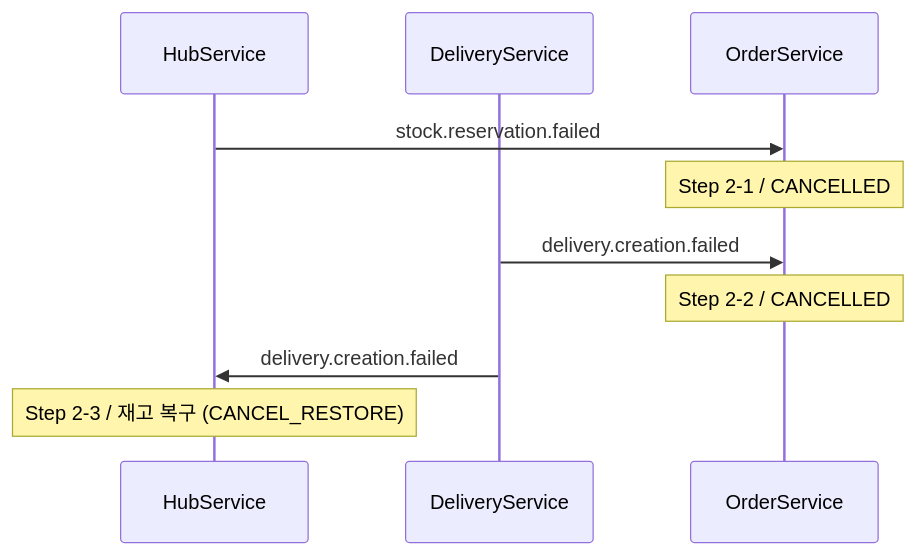
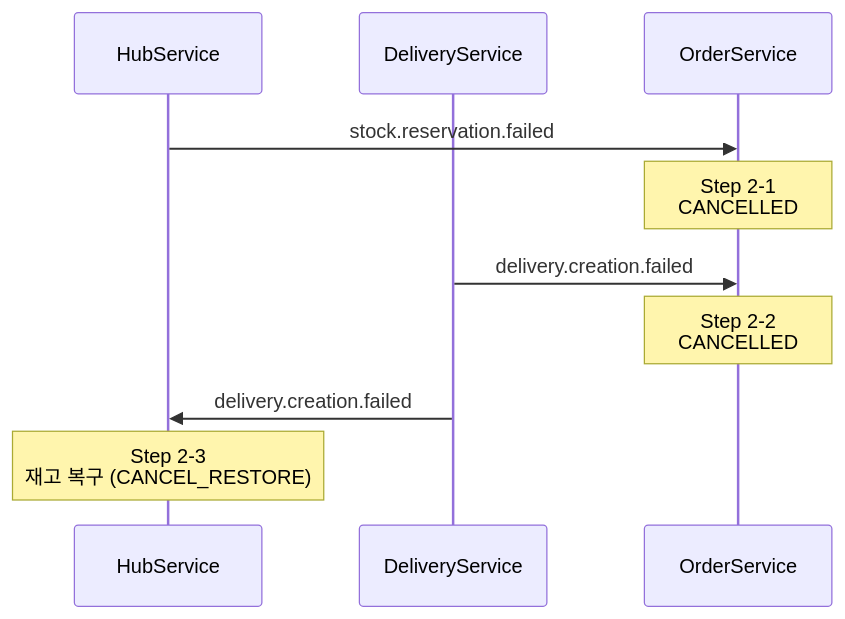
One commit to qkrwns1478/sparta-logistics changed the second of 6 diagrams in order-service/src/main/java/com/sparta/logistics/order/order/saga/README.md. Above: the diagram before and after it, drawn with Mermaid. The commit also changed other lines of this file, not shown here.

````diff
--- a/order-service/src/main/java/com/sparta/logistics/order/order/saga/README.md
+++ b/order-service/src/main/java/com/sparta/logistics/order/order/saga/README.md
@@ -141,14 +183,14 @@
 ```mermaid
 sequenceDiagram
     participant H as HubService
     participant D as DeliveryService
     participant O as OrderService
 
     H->>O: stock.reservation.failed
-    Note over O: Step 2-1 / CANCELLED
+    Note over O: Step 2-1<br>CANCELLED
 
     D->>O: delivery.creation.failed
-    Note over O: Step 2-2 / CANCELLED
+    Note over O: Step 2-2<br>CANCELLED
     D->>H: delivery.creation.failed
-    Note over H: Step 2-3 / 재고 복구 (CANCEL_RESTORE)
+    Note over H: Step 2-3<br>재고 복구 (CANCEL_RESTORE)
 ```
````
